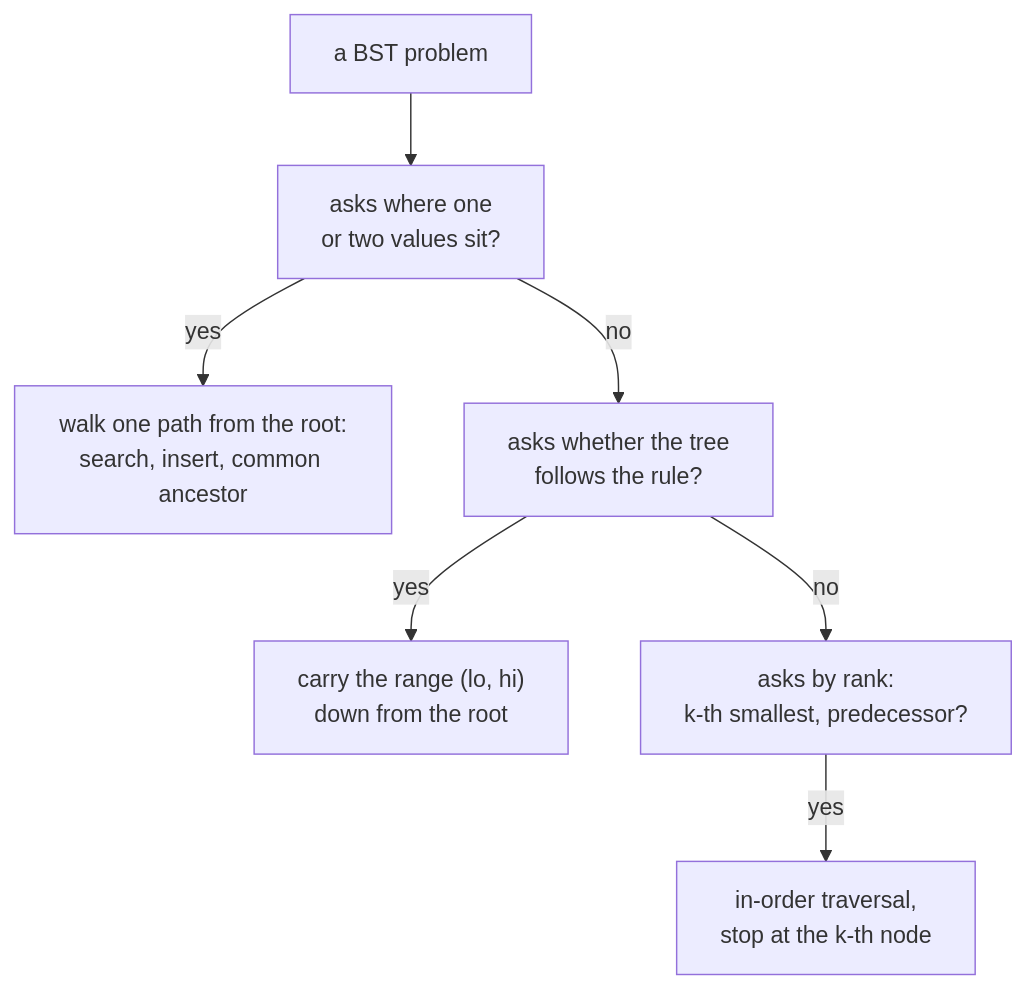
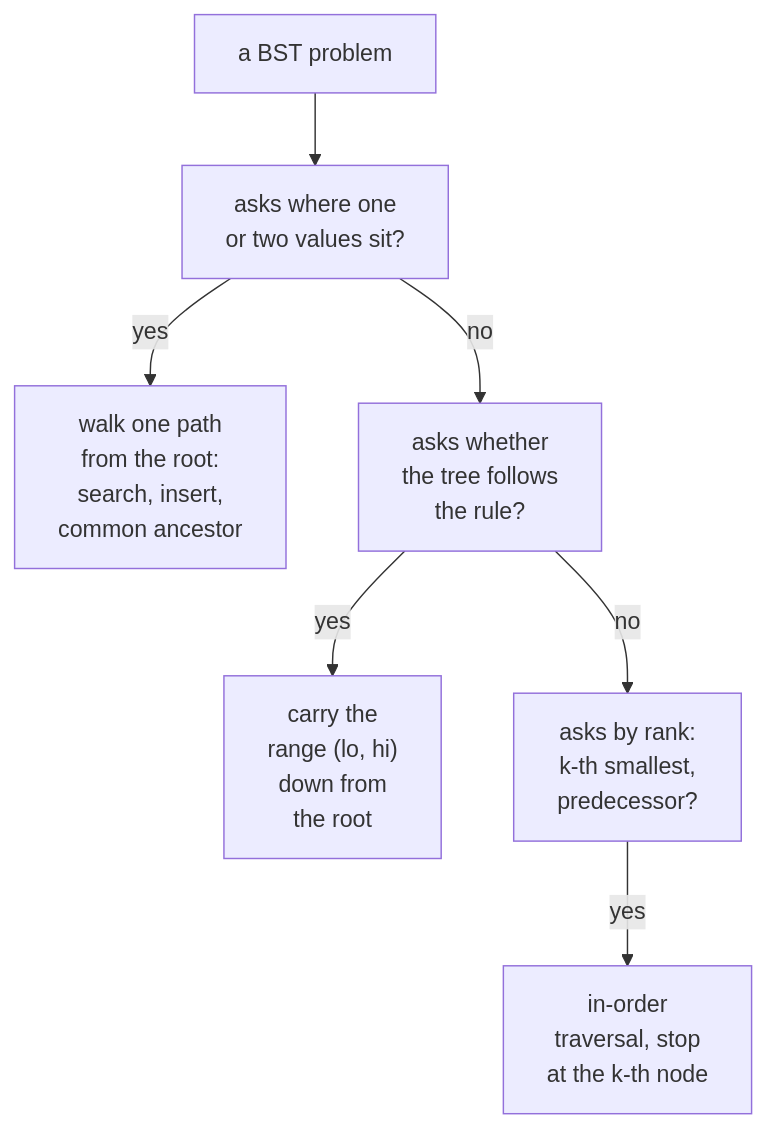
One commit to duongbui234/software-engineering-atlas changed the diagram in content/en/posts/2026-11-25-neetcode-binary-search-tree.md. Above: the diagram before and after it, drawn with Mermaid. The commit also changed 134 other files, not shown here.

First line of the commit message:
Fit every Mermaid diagram at 390px without sideways scroll (#56)

````diff
--- a/content/en/posts/2026-11-25-neetcode-binary-search-tree.md
+++ b/content/en/posts/2026-11-25-neetcode-binary-search-tree.md
@@ -55,9 +55,9 @@
 ```mermaid
 flowchart TB
   A["a BST problem"] --> B["asks where one<br/>or two values sit?"]
-  B -->|"yes"| C["walk one path from the root:<br/>search, insert, common ancestor"]
-  B -->|"no"| D["asks whether the tree<br/>follows the rule?"]
-  D -->|"yes"| E["carry the range (lo, hi)<br/>down from the root"]
-  D -->|"no"| F["asks by rank:<br/>k-th smallest, predecessor?"]
-  F -->|"yes"| G["in-order traversal,<br/>stop at the k-th node"]
+  B -->|"yes"| C["walk one path<br/>from the root:<br/>search, insert,<br/>common ancestor"]
+  B -->|"no"| D["asks whether<br/>the tree follows<br/>the rule?"]
+  D -->|"yes"| E["carry the<br/>range (lo, hi)<br/>down from<br/>the root"]
+  D -->|"no"| F["asks by rank:<br/>k-th smallest,<br/>predecessor?"]
+  F -->|"yes"| G["in-order<br/>traversal, stop<br/>at the k-th node"]
 ```
````
